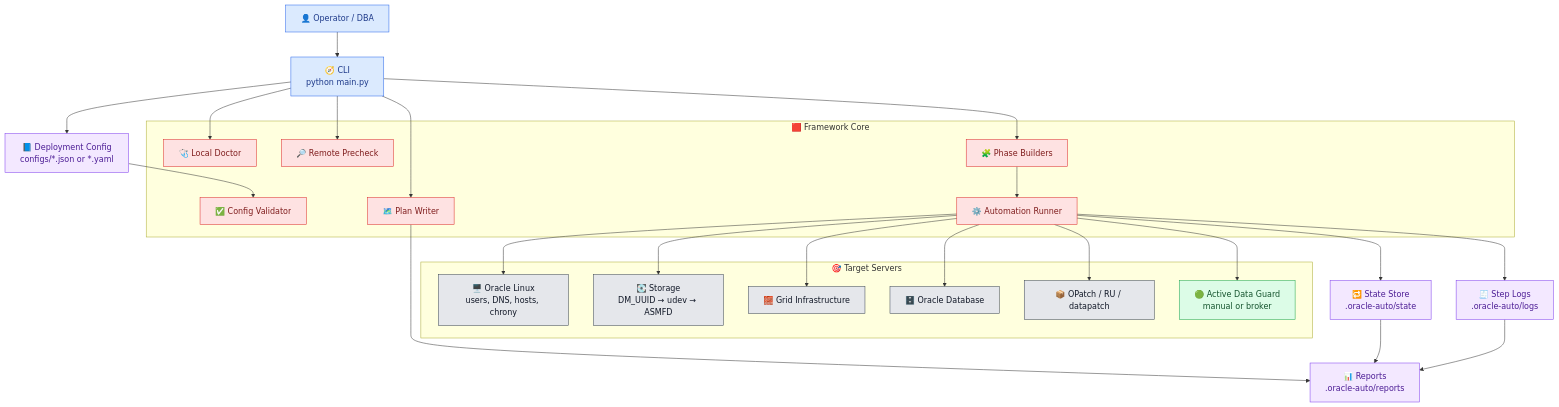
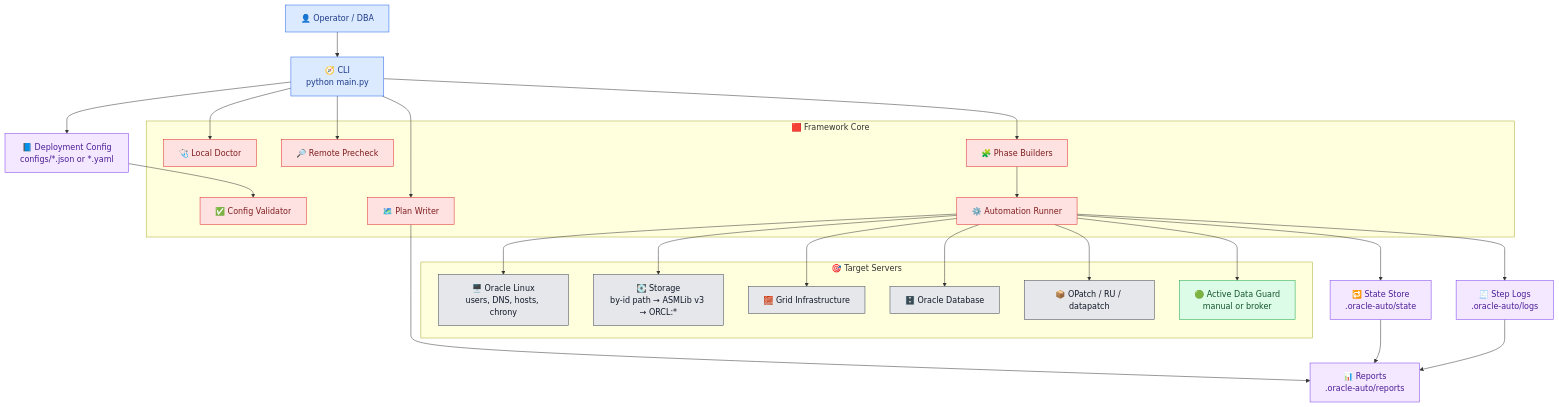
The first of 4 diagrams in docs/deployment_guide.md (bozpain/oracle-install-replication-framework), drawn with Mermaid before and after one commit. The commit also changed other lines of this file and 16 other files, not shown here.

````diff
--- a/docs/deployment_guide.md
+++ b/docs/deployment_guide.md
@@ -36,60 +36,60 @@
 ```mermaid
 flowchart TB
     user["👤 Operator / DBA"]
     config["📘 Deployment Config<br/>configs/*.json or *.yaml"]
     cli["🧭 CLI<br/>python main.py"]
     state["🔁 State Store<br/>.oracle-auto/state"]
     logs["🧾 Step Logs<br/>.oracle-auto/logs"]
     reports["📊 Reports<br/>.oracle-auto/reports"]
 
     subgraph core["🟥 Framework Core"]
         validator["✅ Config Validator"]
         doctor["🩺 Local Doctor"]
         precheck["🔎 Remote Precheck"]
         planner["🗺️ Plan Writer"]
         runner["⚙️ Automation Runner"]
         phases["🧩 Phase Builders"]
     end
 
     subgraph targets["🎯 Target Servers"]
         os["🖥️ Oracle Linux<br/>users, DNS, hosts, chrony"]
-        storage["💽 Storage<br/>DM_UUID → udev → ASMFD"]
+        storage["💽 Storage<br/>by-id path → ASMLib v3 → ORCL:*"]
         gi["🧱 Grid Infrastructure"]
         db["🗄️ Oracle Database"]
         patch["📦 OPatch / RU / datapatch"]
         dg["🟢 Active Data Guard<br/>manual or broker"]
     end
 
     user --> cli
     cli --> config
     config --> validator
     cli --> doctor
     cli --> precheck
     cli --> planner
     cli --> phases
     phases --> runner
     runner --> os
     runner --> storage
     runner --> gi
     runner --> db
     runner --> patch
     runner --> dg
     runner --> state
     runner --> logs
     planner --> reports
     state --> reports
     logs --> reports
 
     classDef red fill:#FEE2E2,stroke:#DC2626,color:#7F1D1D
     classDef blue fill:#DBEAFE,stroke:#2563EB,color:#1E3A8A
     classDef green fill:#DCFCE7,stroke:#16A34A,color:#14532D
     classDef amber fill:#FEF3C7,stroke:#D97706,color:#78350F
     classDef purple fill:#F3E8FF,stroke:#7C3AED,color:#4C1D95
     classDef gray fill:#E5E7EB,stroke:#374151,color:#111827
 
     class user,cli blue
     class config,state,logs,reports purple
     class validator,doctor,precheck,planner,runner,phases red
     class os,storage,gi,db,patch gray
     class dg green
 ```
````
